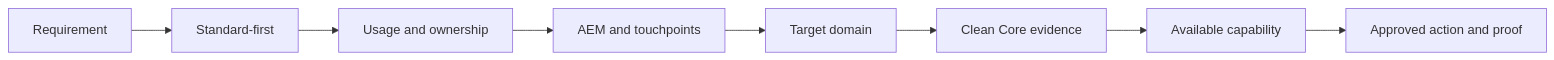
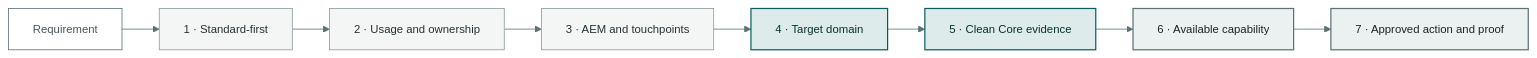
One commit to Raistlin82/arc-1-fork changed the diagram in skills/sap-erp-clean-core-refactor/README.md. Above: the diagram before and after it, drawn with Mermaid. The commit also changed other lines of this file and 1 other file, not shown here.

````diff
--- a/skills/sap-erp-clean-core-refactor/README.md
+++ b/skills/sap-erp-clean-core-refactor/README.md
@@ -58,10 +61,20 @@
 ```mermaid
+%%{init: {'theme':'base','themeVariables':{'fontSize':'14px','primaryColor':'#EBF0F0','primaryTextColor':'#0F1518','primaryBorderColor':'#5B7275','lineColor':'#5B7275','edgeLabelBackground':'#FFFFFF'},'flowchart':{'curve':'basis','nodeSpacing':38,'rankSpacing':46}}}%%
 flowchart LR
-    R["Requirement"] --> S["Standard-first"]
-    S --> U["Usage and ownership"]
-    U --> A["AEM and touchpoints"]
-    A --> D["Target domain"]
-    D --> L["Clean Core evidence"]
-    L --> C["Available capability"]
-    C --> P["Approved action and proof"]
+    R["Requirement"] --> S["1 · Standard-first"]
+    S --> U["2 · Usage and ownership"]
+    U --> A["3 · AEM and touchpoints"]
+    A --> D["4 · Target domain"]
+    D --> L["5 · Clean Core evidence"]
+    L --> C["6 · Available capability"]
+    C --> P["7 · Approved action and proof"]
+
+    classDef start fill:#FFFFFF,stroke:#5B7275,stroke-width:1px,color:#46565B
+    classDef gather fill:#F4F6F6,stroke:#8C9C9F,stroke-width:1px,color:#243033
+    classDef choose fill:#DDEBEA,stroke:#0B5D5D,stroke-width:1.5px,color:#08302F
+    classDef prove fill:#EBF0F0,stroke:#5B7275,stroke-width:1.5px,color:#1B2426
+    class R start
+    class S,U,A gather
+    class D,L choose
+    class C,P prove
 ```
````
